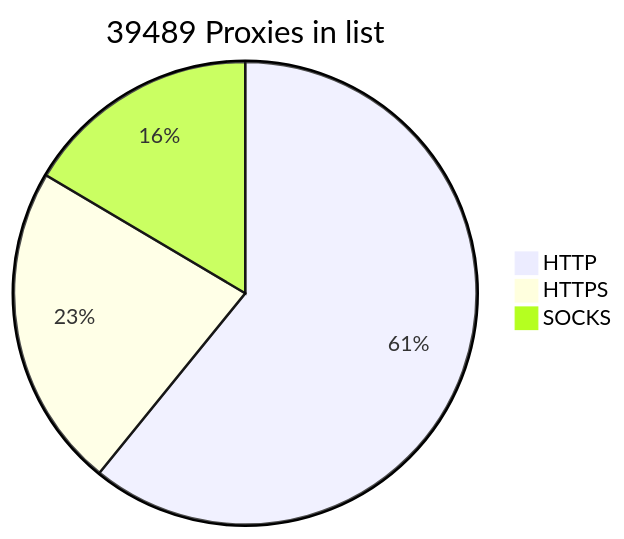
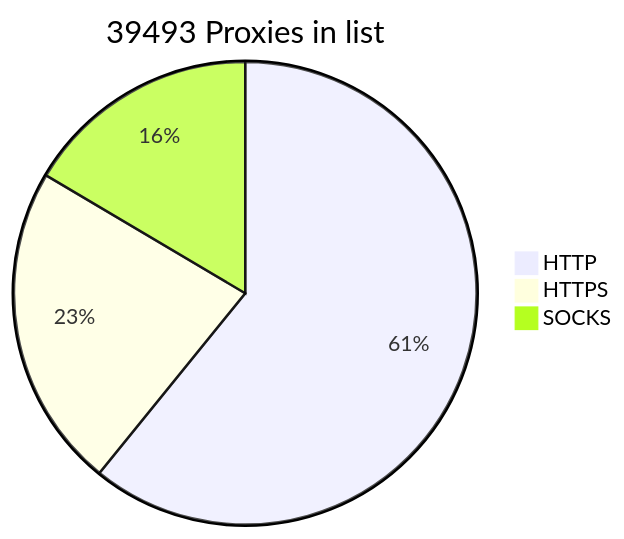
The diagram in README.md (BlackSnowDot/proxylist-update-every-minute), drawn with Mermaid before and after one commit.

````diff
--- a/README.md
+++ b/README.md
@@ -2,6 +2,6 @@
 ```mermaid
-pie title 39489 Proxies in list
+pie title 39493 Proxies in list
     "HTTP" : 28318
     "HTTPS": 10547
-    "SOCKS" : 7672
+    "SOCKS" : 7676
 ```
````
